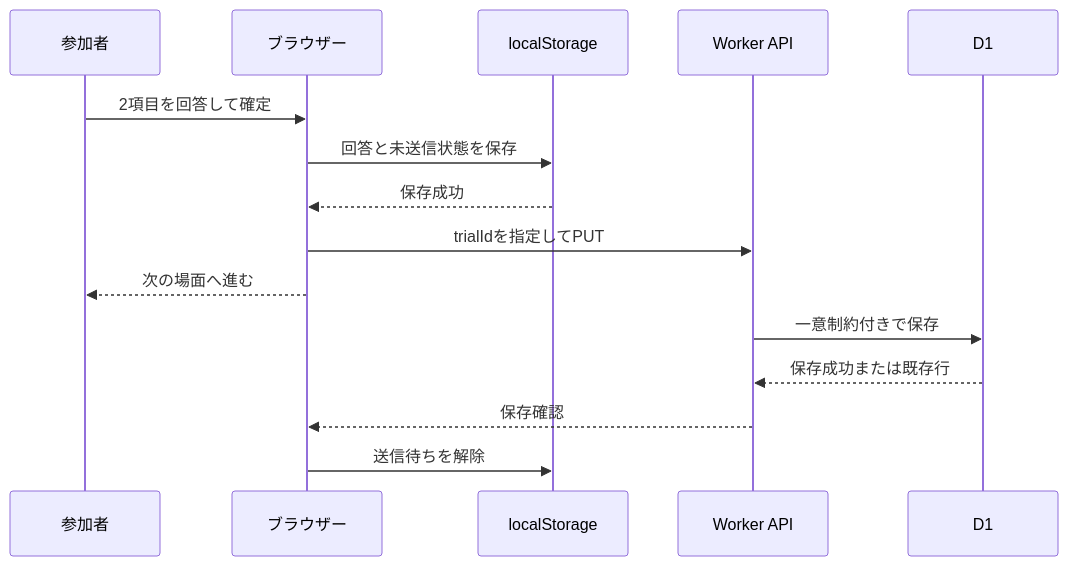
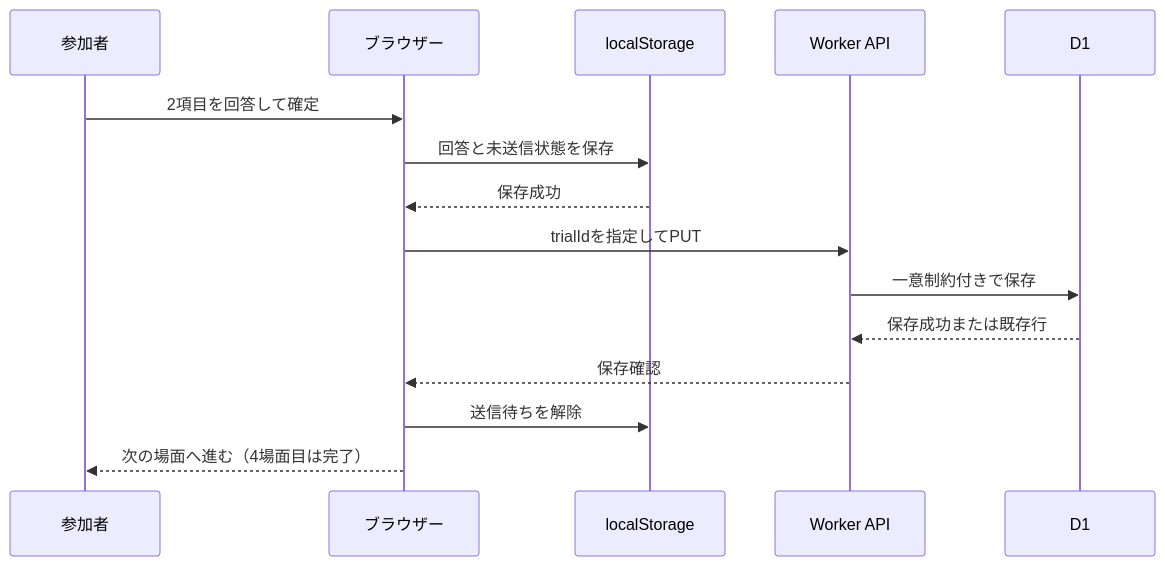
Before and after one commit to minaph/jsPsych-demo: the diagram in docs/data-contract.md, drawn with Mermaid. The commit also changed other lines of this file and 5 other files, not shown here.

````diff
--- a/docs/data-contract.md
+++ b/docs/data-contract.md
@@ -90,17 +90,17 @@
 ```mermaid
 sequenceDiagram
     participant P as 参加者
     participant B as ブラウザー
     participant L as localStorage
     participant A as Worker API
     participant D as D1
     P->>B: 2項目を回答して確定
     B->>L: 回答と未送信状態を保存
     L-->>B: 保存成功
     B->>A: trialIdを指定してPUT
-    B-->>P: 次の場面へ進む
     A->>D: 一意制約付きで保存
     D-->>A: 保存成功または既存行
     A-->>B: 保存確認
     B->>L: 送信待ちを解除
+    B-->>P: 次の場面へ進む（4場面目は完了）
 ```
````
